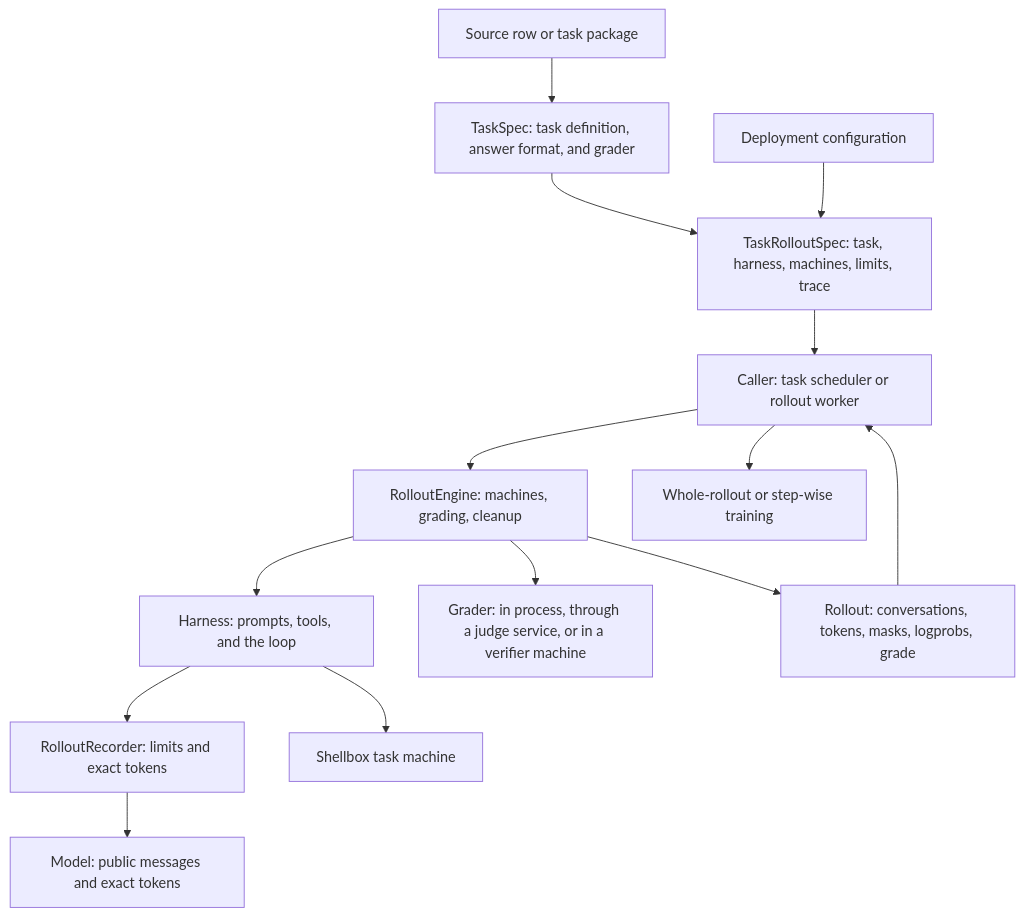
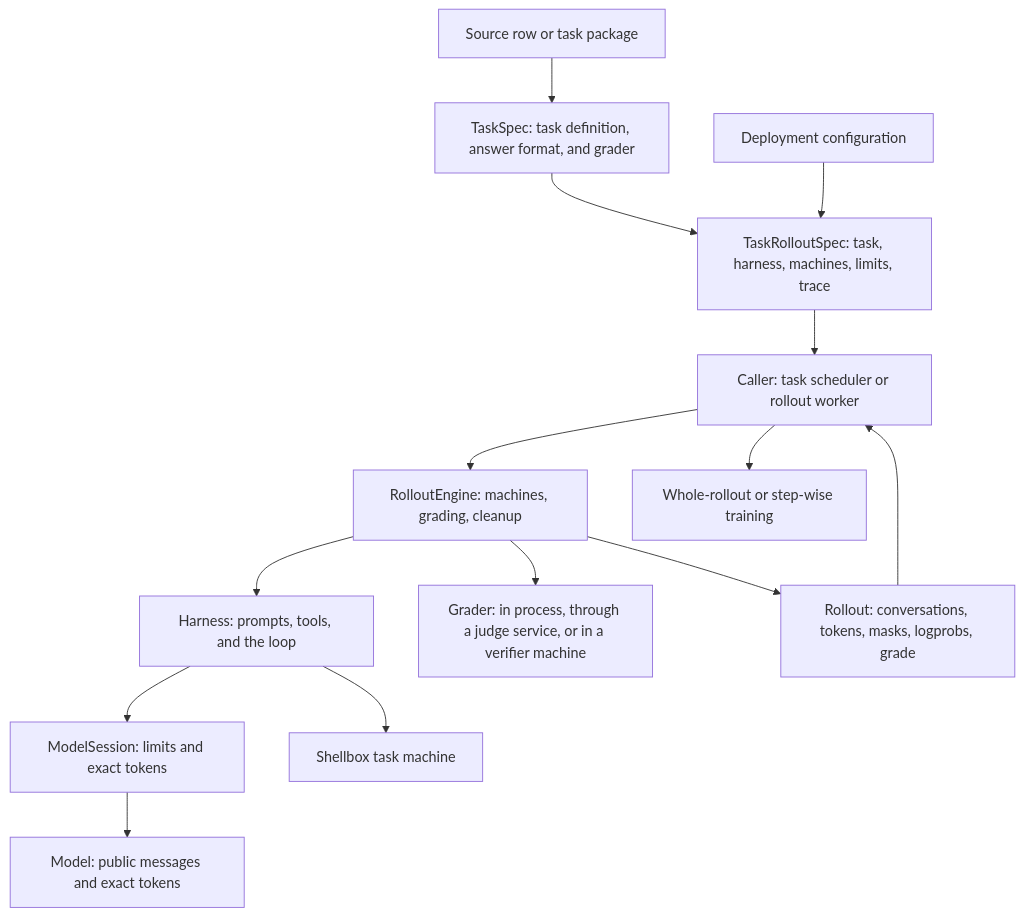
Before and after one commit to marin-community/marin: the first of 2 diagrams in docs/references/task-rollouts.md, drawn with Mermaid. The commit also changed other lines of this file and 8 other files, not shown here.

Commit message:
[rolloutengine] Rename RolloutRecorder to ModelSession

````diff
--- a/docs/references/task-rollouts.md
+++ b/docs/references/task-rollouts.md
@@ -10,16 +10,16 @@
 ```mermaid
 flowchart TD
     Source[Source row or task package] --> Task[TaskSpec: task definition, answer format, and grader]
     Task --> Spec[TaskRolloutSpec: task, harness, machines, limits, trace]
     Config[Deployment configuration] --> Spec
     Spec --> Caller[Caller: task scheduler or rollout worker]
     Caller --> Engine[RolloutEngine: machines, grading, cleanup]
     Engine --> Harness[Harness: prompts, tools, and the loop]
-    Harness --> Recorder[RolloutRecorder: limits and exact tokens]
-    Recorder --> Model[Model: public messages and exact tokens]
+    Harness --> Session[ModelSession: limits and exact tokens]
+    Session --> Model[Model: public messages and exact tokens]
     Harness --> Machine[Shellbox task machine]
     Engine --> Grader[Grader: in process, through a judge service, or in a verifier machine]
     Engine --> Record[Rollout: conversations, tokens, masks, logprobs, grade]
     Record --> Caller
     Caller --> Train[Whole-rollout or step-wise training]
 ```
````
